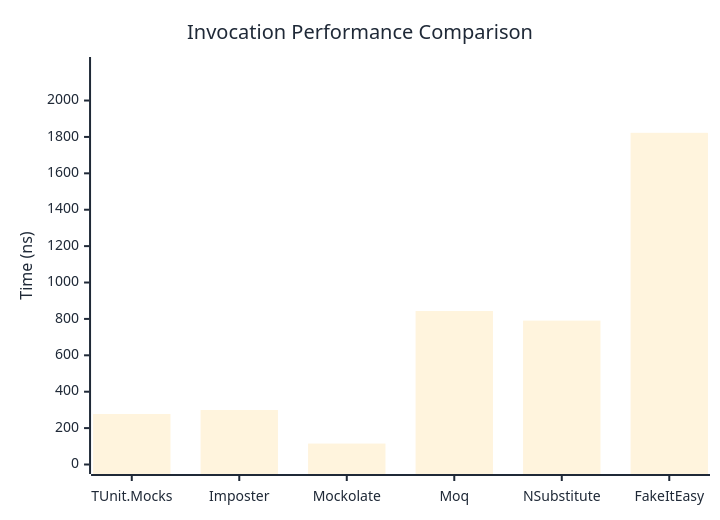
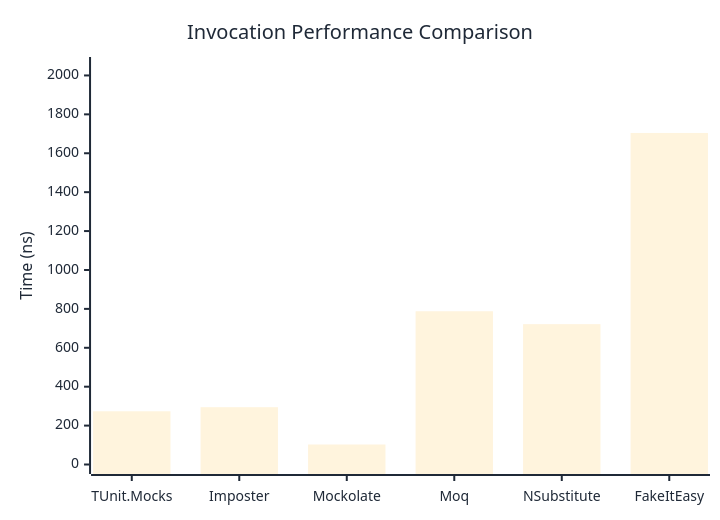
The first of 3 diagrams in docs/docs/benchmarks/mocks/Invocation.md (thomhurst/TUnit), drawn with Mermaid before and after one commit. The commit also changed other lines of this file and 14 other files, not shown here.

````diff
--- a/docs/docs/benchmarks/mocks/Invocation.md
+++ b/docs/docs/benchmarks/mocks/Invocation.md
@@ -30,27 +30,27 @@
 ```mermaid
 %%{init: {
   'theme':'base',
   'themeVariables': {
     'primaryColor': '#2563eb',
     'primaryTextColor': '#1f2937',
     'primaryBorderColor': '#1e40af',
     'lineColor': '#6b7280',
     'secondaryColor': '#7c3aed',
     'tertiaryColor': '#dc2626',
     'background': '#ffffff',
     'pie1': '#2563eb',
     'pie2': '#7c3aed',
     'pie3': '#dc2626',
     'pie4': '#f59e0b',
     'pie5': '#10b981',
     'pie6': '#06b6d4',
     'pie7': '#ec4899',
     'pie8': '#6366f1'
   }
 }}%%
 xychart-beta
   title "Invocation Performance Comparison"
   x-axis ["TUnit.Mocks", "Imposter", "Mockolate", "Moq", "NSubstitute", "FakeItEasy"]
-  y-axis "Time (ns)" 0 --> 2187
-  bar [277.5, 299.3, 115.1, 843.5, 790.7, 1822.5]
+  y-axis "Time (ns)" 0 --> 2046
+  bar [273.66, 294.56, 102.81, 787.82, 721.47, 1704.29]
 ```
````
